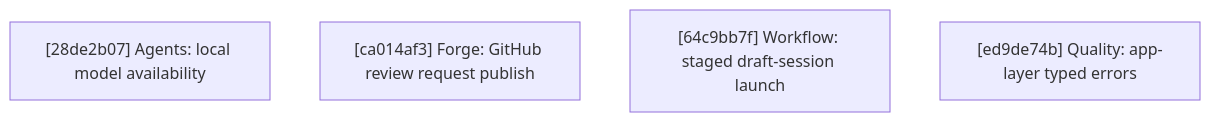
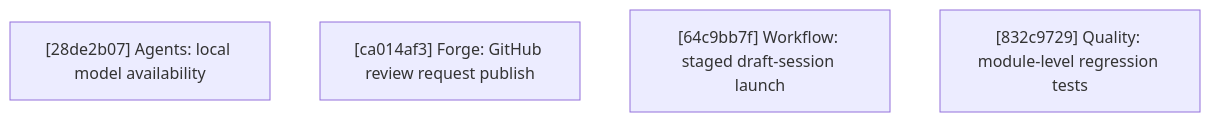
One commit to agentty-xyz/agentty changed the diagram in docs/plan/roadmap.md. Above: the diagram before and after it, drawn with Mermaid. The commit also changed other lines of this file and 6 other files, not shown here.

````diff
--- a/docs/plan/roadmap.md
+++ b/docs/plan/roadmap.md
@@ -155,7 +156,7 @@
 ```mermaid
 flowchart TD
     R1["[28de2b07] Agents: local model availability"]
     R2["[ca014af3] Forge: GitHub review request publish"]
     R3["[64c9bb7f] Workflow: staged draft-session launch"]
-    R4["[ed9de74b] Quality: app-layer typed errors"]
+    R4["[832c9729] Quality: module-level regression tests"]
 ```
````
